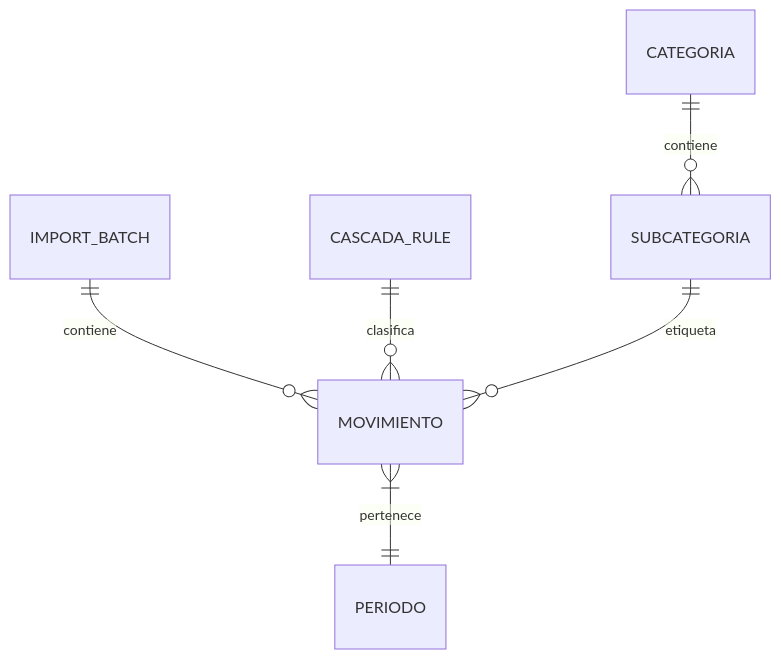
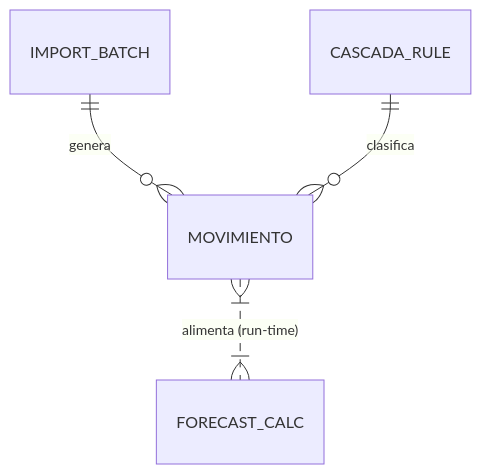
The diagram in MAPS/data_model_map.md (TORIBUSTOS/tauros-prime), drawn with Mermaid before and after one commit. The commit also changed other lines of this file and 31 other files, not shown here.

````diff
--- a/MAPS/data_model_map.md
+++ b/MAPS/data_model_map.md
@@ -50,8 +42,6 @@
 ```mermaid
 erDiagram
-    IMPORT_BATCH ||--o{ MOVIMIENTO : "contiene"
+    IMPORT_BATCH ||--o{ MOVIMIENTO : "genera"
     CASCADA_RULE ||--o{ MOVIMIENTO : "clasifica"
-    CATEGORIA ||--o{ SUBCATEGORIA : "contiene"
-    SUBCATEGORIA ||--o{ MOVIMIENTO : "etiqueta"
-    MOVIMIENTO }|--|| PERIODO : "pertenece"
+    MOVIMIENTO }|..|{ FORECAST_CALC : "alimenta (run-time)"
 ```
````
